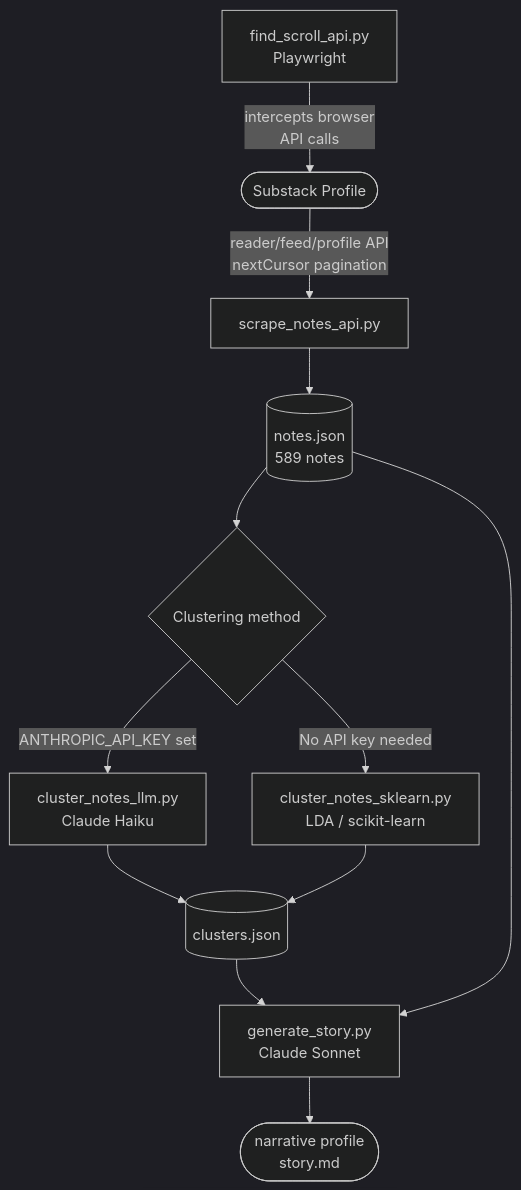
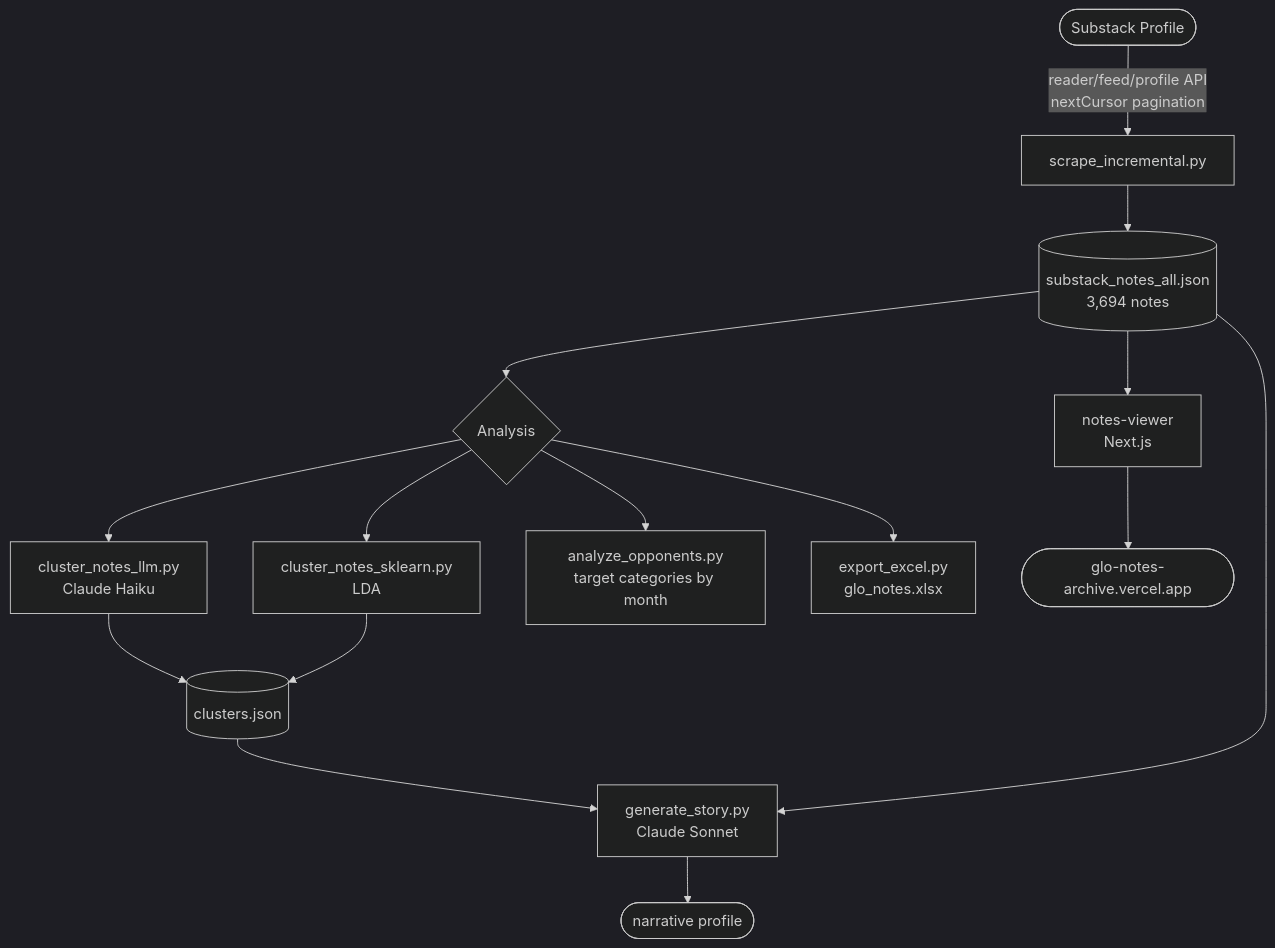
Before and after one commit to jehualli/substack-intelligence: the diagram in README.md, drawn with Mermaid (dark theme). The commit also changed other lines of this file and 39 other files, not shown here.

Commit message:
Add GLO analysis, notes viewer and incremental scraper

````diff
--- a/README.md
+++ b/README.md
@@ -7,20 +38,20 @@
 ```mermaid
 flowchart TD
-    A([Substack Profile]) -->|"reader/feed/profile API\nnextCursor pagination"| B[scrape_notes_api.py]
-    B --> C[(notes.json\n589 notes)]
+    A([Substack Profile]) -->|"reader/feed/profile API<br/>nextCursor pagination"| B[scrape_incremental.py]
+    B --> C[(substack_notes_all.json<br/>3,694 notes)]
 
-    C --> D{Clustering method}
-
-    D -->|"ANTHROPIC_API_KEY set"| E[cluster_notes_llm.py\nClaude Haiku]
-    D -->|"No API key needed"| F[cluster_notes_sklearn.py\nLDA / scikit-learn]
+    C --> D{Analysis}
+    D --> E[cluster_notes_llm.py<br/>Claude Haiku]
+    D --> F[cluster_notes_sklearn.py<br/>LDA]
+    D --> M[analyze_opponents.py<br/>target categories by month]
+    D --> X[export_excel.py<br/>glo_notes.xlsx]
 
     E --> G[(clusters.json)]
     F --> G
+    G --> H[generate_story.py<br/>Claude Sonnet]
+    C --> H
+    H --> I([narrative profile])
 
-    G --> H[generate_story.py\nClaude Sonnet]
-    C --> H
-
-    H --> I([narrative profile\nstory.md])
-
-    J[find_scroll_api.py\nPlaywright] -->|"intercepts browser\nAPI calls"| A
+    C --> V[notes-viewer<br/>Next.js]
+    V --> W([glo-notes-archive.vercel.app])
 ```
````
